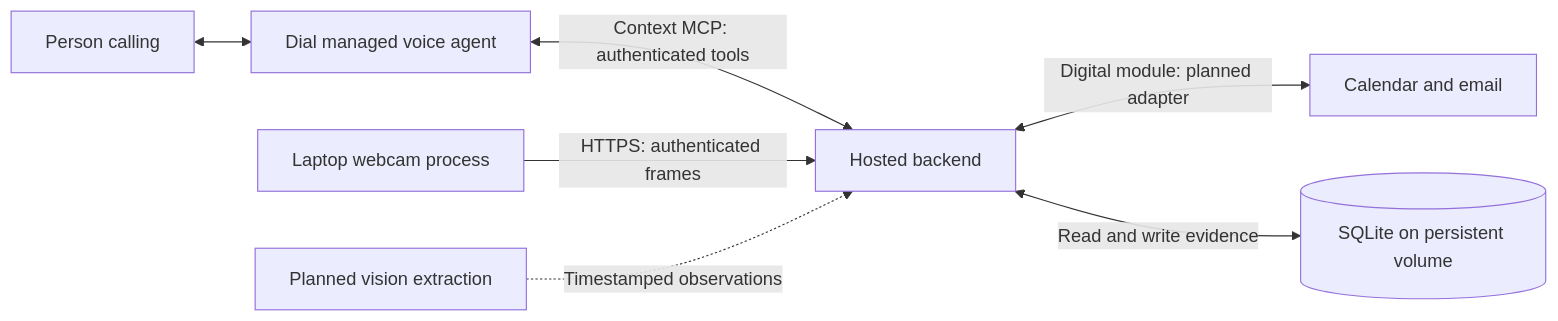
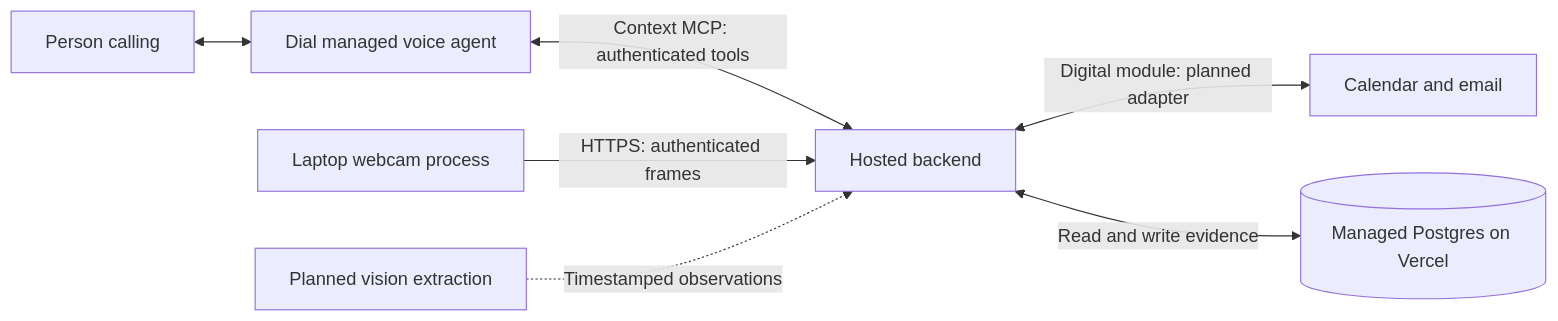
One commit to mattdomingo/speedhacks changed the diagram in README.md. Above: the diagram before and after it, drawn with Mermaid. The commit also changed other lines of this file and 20 other files, not shown here.

Commit message:
build: reuse Vercel and Postgres hosting foundation

````diff
--- a/README.md
+++ b/README.md
@@ -9,9 +9,9 @@
 ```mermaid
 flowchart LR
     Caller[Person calling] <--> Dial[Dial managed voice agent]
     Dial <-->|Context MCP: authenticated tools| Backend[Hosted backend]
     Backend <-->|Digital module: planned adapter| Google[Calendar and email]
-    Backend <-->|Read and write evidence| Store[(SQLite on persistent volume)]
+    Backend <-->|Read and write evidence| Store[(Managed Postgres on Vercel)]
     Camera[Laptop webcam process] -->|HTTPS: authenticated frames| Backend
     Vision[Planned vision extraction] -.->|Timestamped observations| Backend
 ```
````
